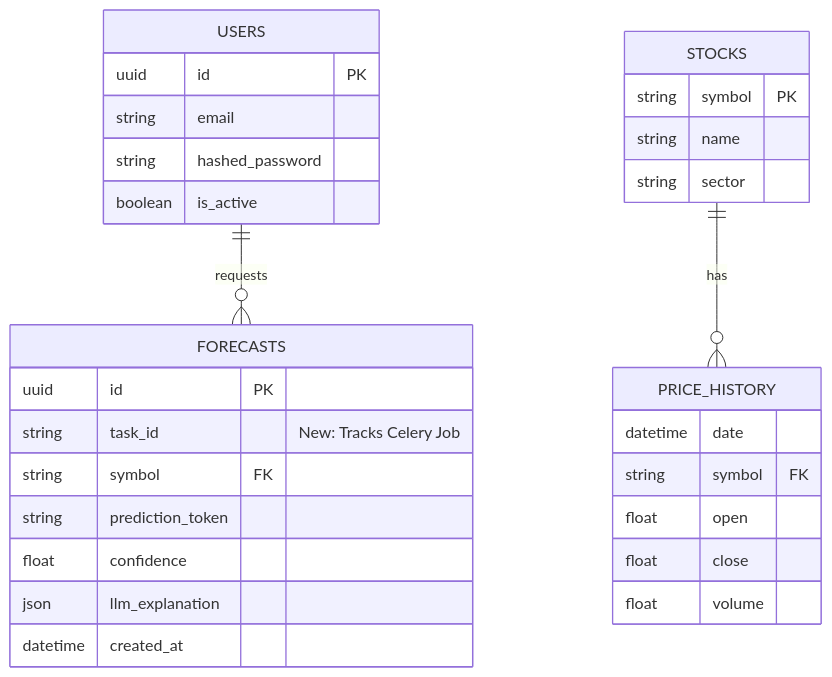
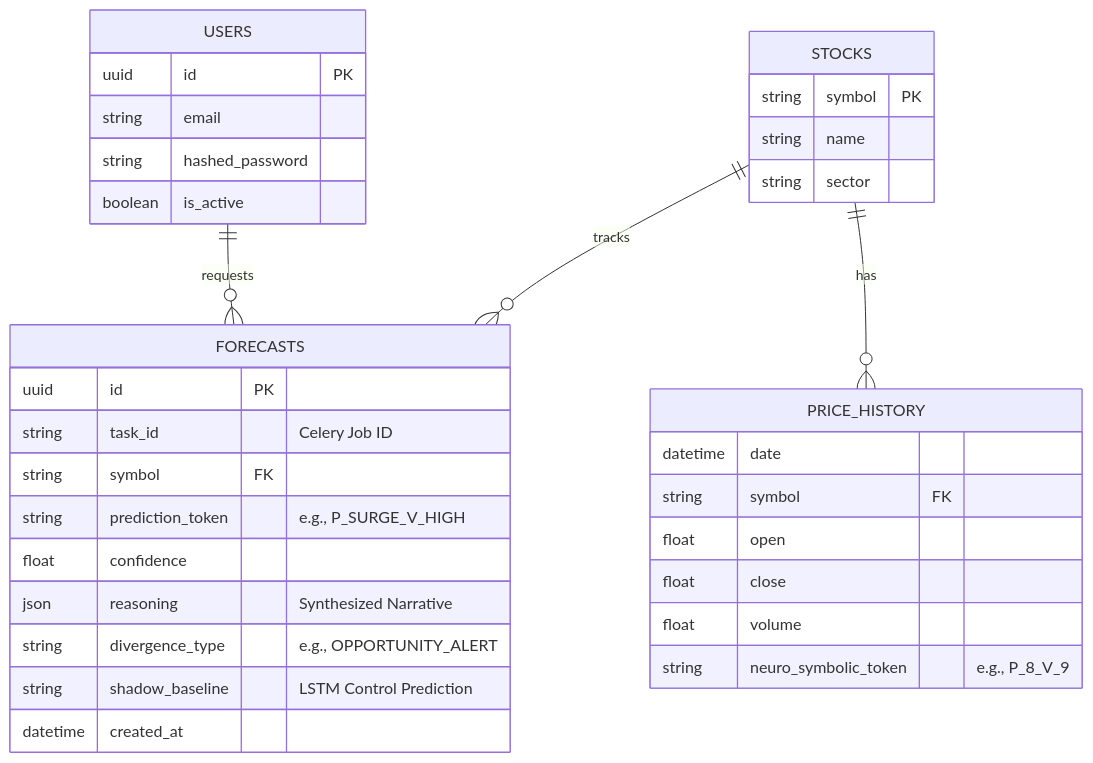
One commit to MuhammetAliVarlik/FinwiseBackend changed the diagram in docs/database.mmd. Above: the diagram before and after it, drawn with Mermaid. The commit also changed 19 other files, not shown here.

First line of the commit message:
feat: implement neuro-symbolic logic engine and robust output parsing

```diff
--- a/docs/database.mmd
+++ b/docs/database.mmd
@@ -1,33 +1,37 @@
 erDiagram
     USERS ||--o{ FORECASTS : requests
     USERS {
         uuid id PK
         string email
         string hashed_password
         boolean is_active
     }
     
     STOCKS ||--o{ PRICE_HISTORY : has
+    STOCKS ||--o{ FORECASTS : tracks
     STOCKS {
         string symbol PK
         string name
         string sector
     }
     
     FORECASTS {
         uuid id PK
-        string task_id "New: Tracks Celery Job"
+        string task_id "Celery Job ID"
         string symbol FK
-        string prediction_token
+        string prediction_token "e.g., P_SURGE_V_HIGH"
         float confidence
-        json llm_explanation
+        json reasoning "Synthesized Narrative"
+        string divergence_type "e.g., OPPORTUNITY_ALERT"
+        string shadow_baseline "LSTM Control Prediction"
         datetime created_at
     }
     
     PRICE_HISTORY {
         datetime date
         string symbol FK
         float open
         float close
         float volume
+        string neuro_symbolic_token "e.g., P_8_V_9"
     }
```
